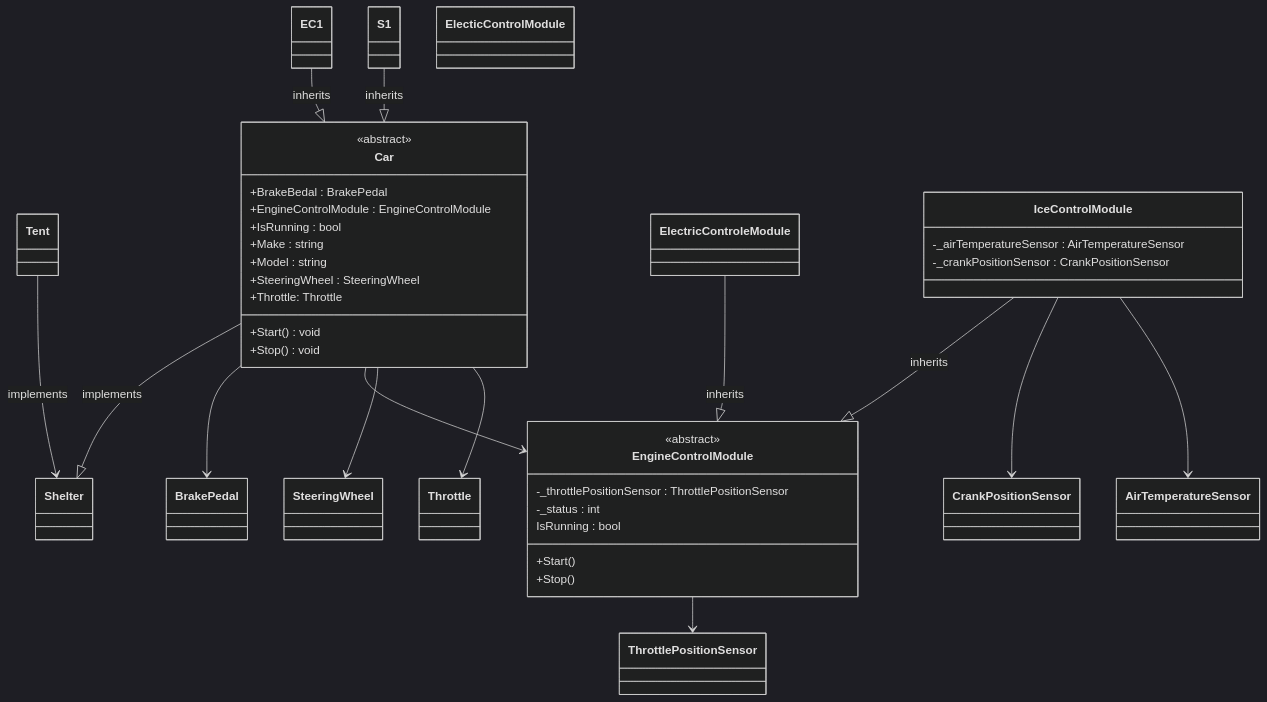
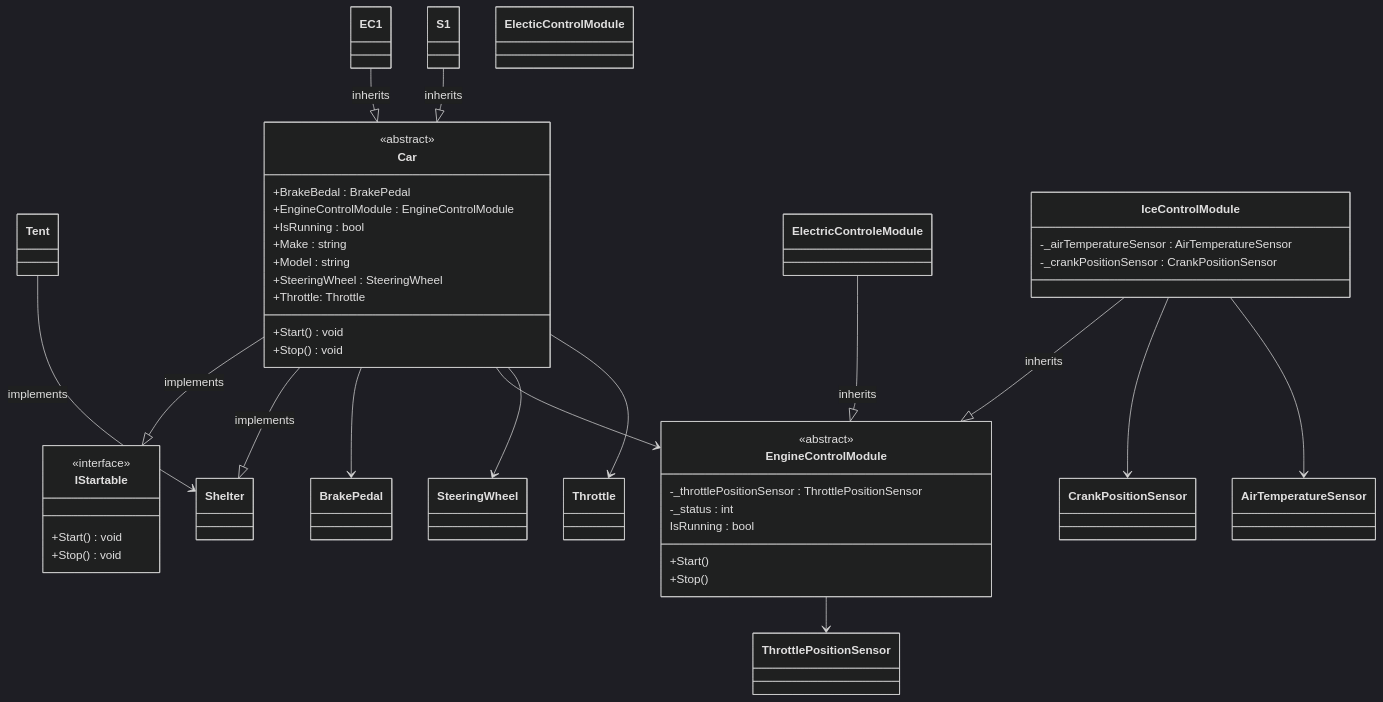
Before and after one commit to tdean1991/OODCs: the diagram in Design/04-solid.md, drawn with Mermaid (dark theme). The commit also changed 11 other files, not shown here.

````diff
--- a/Design/04-solid.md
+++ b/Design/04-solid.md
@@ -7,46 +7,52 @@
 ```mermaid
 classDiagram
+class IStartable {
+    <<interface>>
+	+Start() void
+	+Stop() void
+}
 Tent --> Shelter : implements
 class S1
 class EC1
 EC1 --|> Car : inherits
 S1 --|> Car : inherits
 class Car {
     <<abstract>>
     +BrakeBedal : BrakePedal
     +EngineControlModule : EngineControlModule
     +IsRunning : bool
     +Make : string
     +Model : string
     +SteeringWheel : SteeringWheel
     +Throttle: Throttle
     +Start() void
     +Stop() void
 }
+Car --|> IStartable : implements
 Car --|> Shelter : implements
 Car --> BrakePedal
 Car --> EngineControlModule
 Car --> SteeringWheel
 Car --> Throttle
 
 class ElecticControlModule
 ElectricControleModule --|> EngineControlModule : inherits
 class IceControlModule {
     -_airTemperatureSensor : AirTemperatureSensor
     -_crankPositionSensor : CrankPositionSensor
 } 
 IceControlModule --|> EngineControlModule : inherits
 IceControlModule --> CrankPositionSensor
 IceControlModule --> AirTemperatureSensor
 
 
 class EngineControlModule {
     <<abstract>>
     -_throttlePositionSensor : ThrottlePositionSensor
     -_status : int
     IsRunning : bool
     +Start()
     +Stop()
 }
 EngineControlModule --> ThrottlePositionSensor
 ```
````
